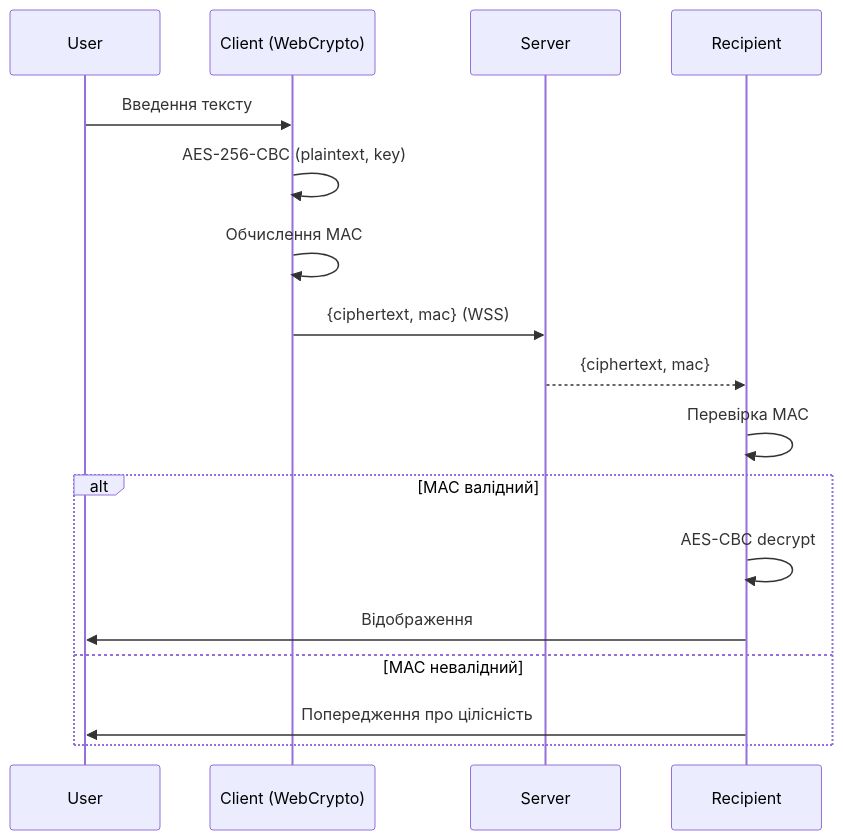
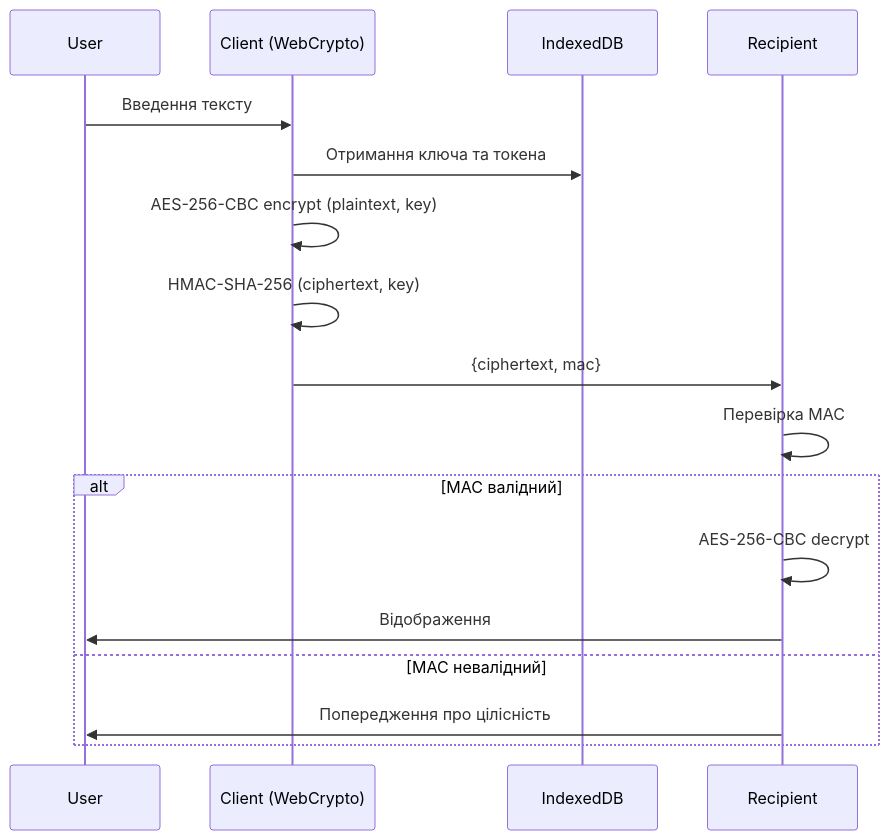
The second of 6 diagrams in docs/description/architecture/views.md (sorokchat-messenger/angular-frontend), drawn with Mermaid before and after one commit. The commit also changed other lines of this file and 12 other files, not shown here.

````diff
--- a/docs/description/architecture/views.md
+++ b/docs/description/architecture/views.md
@@ -44,20 +44,20 @@
 ```mermaid
 sequenceDiagram
     participant U as User
     participant C as Client (WebCrypto)
-    participant S as Server
+    participant D as IndexedDB
     participant R as Recipient
 
     U->>C: Введення тексту
-    C->>C: AES-256-CBC (plaintext, key)
-    C->>C: Обчислення MAC
-    C->>S: {ciphertext, mac} (WSS)
-    S-->>R: {ciphertext, mac}
+    C->>D: Отримання ключа та токена
+    C->>C: AES-256-CBC encrypt (plaintext, key)
+    C->>C: HMAC-SHA-256 (ciphertext, key)
+    C->>R: {ciphertext, mac}
     R->>R: Перевірка MAC
     alt MAC валідний
-        R->>R: AES-CBC decrypt
+        R->>R: AES-256-CBC decrypt
         R->>U: Відображення
     else MAC невалідний
         R->>U: Попередження про цілісність
     end
 ```
````
